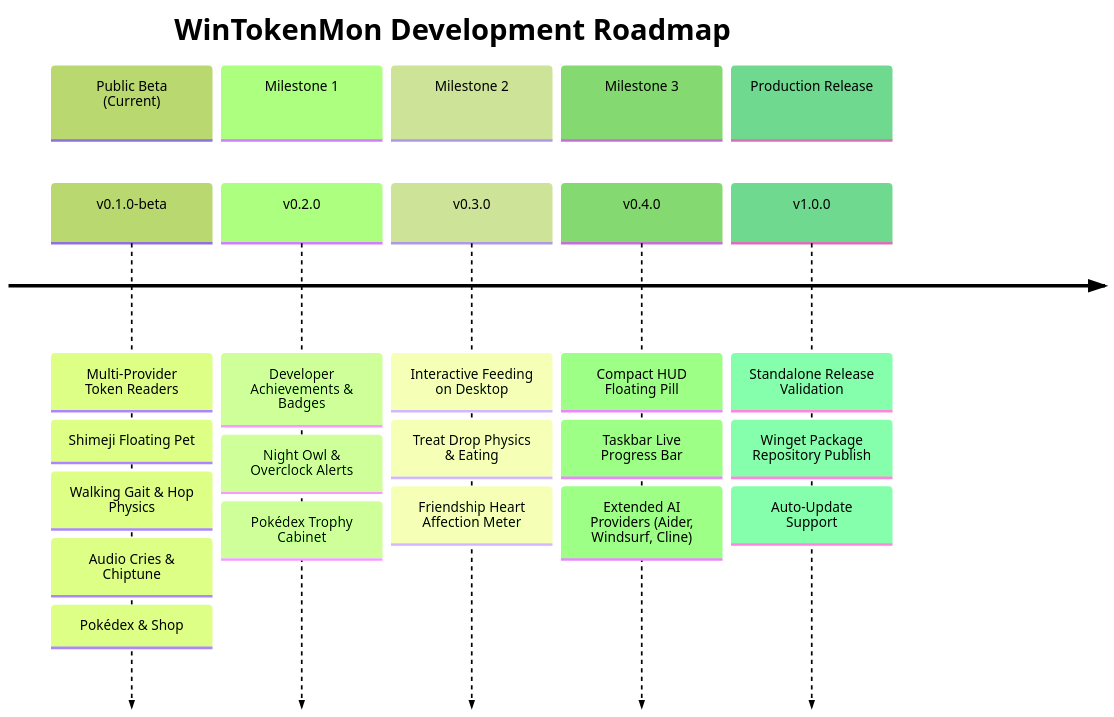
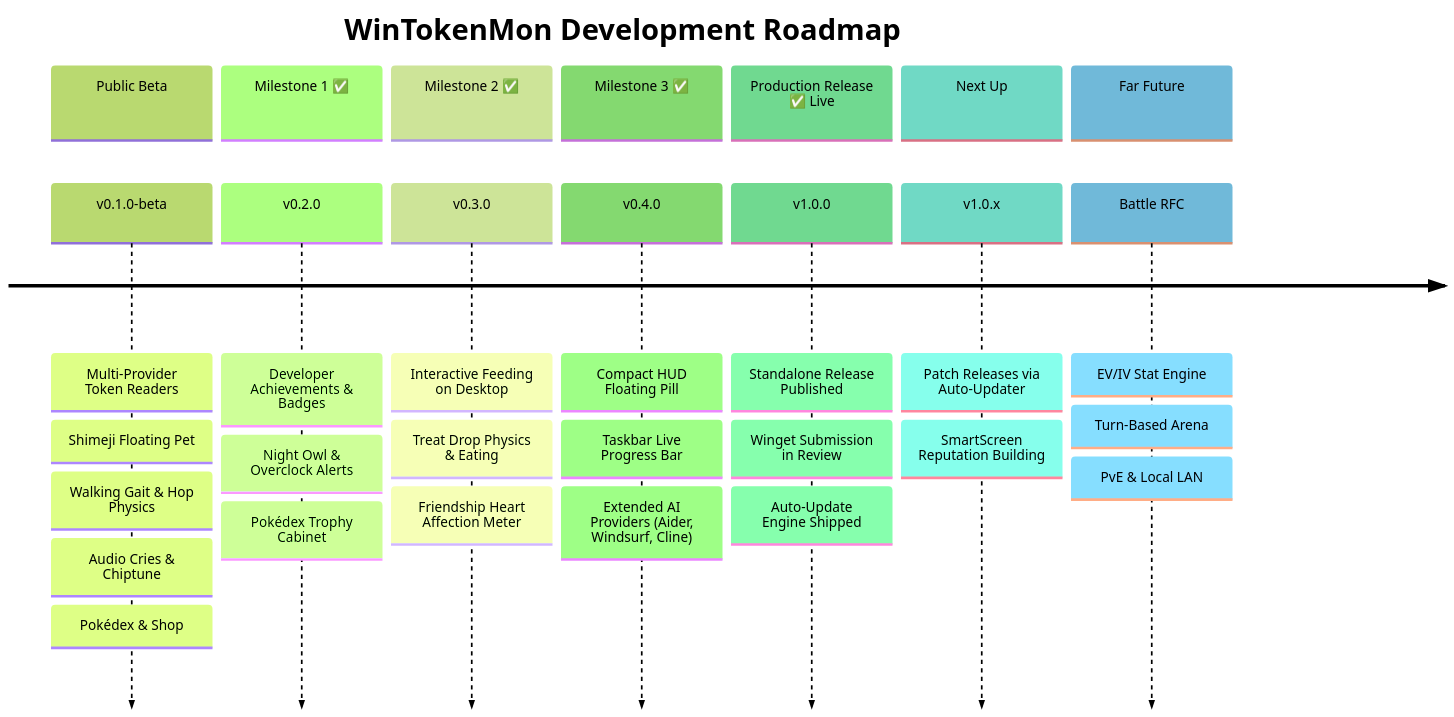
The first of 2 diagrams in docs/FUTURE-WORKS.md (JustALearner101/WinTokenMon), drawn with Mermaid (forest theme) before and after one commit. The commit also changed other lines of this file and 11 other files, not shown here.

````diff
--- a/docs/FUTURE-WORKS.md
+++ b/docs/FUTURE-WORKS.md
@@ -11,14 +13,18 @@
 ```mermaid
 timeline
     title WinTokenMon Development Roadmap
-    section Public Beta (Current)
+    section Public Beta
         v0.1.0-beta : Multi-Provider Token Readers : Shimeji Floating Pet : Walking Gait & Hop Physics : Audio Cries & Chiptune : Pokédex & Shop
-    section Milestone 1
+    section Milestone 1 ✅
         v0.2.0 : Developer Achievements & Badges : Night Owl & Overclock Alerts : Pokédex Trophy Cabinet
-    section Milestone 2
+    section Milestone 2 ✅
         v0.3.0 : Interactive Feeding on Desktop : Treat Drop Physics & Eating : Friendship Heart Affection Meter
-    section Milestone 3
+    section Milestone 3 ✅
         v0.4.0 : Compact HUD Floating Pill : Taskbar Live Progress Bar : Extended AI Providers (Aider, Windsurf, Cline)
-    section Production Release
-        v1.0.0 : Standalone Release Validation : Winget Package Repository Publish : Auto-Update Support
+    section Production Release ✅ Live
+        v1.0.0 : Standalone Release Published : Winget Submission in Review : Auto-Update Engine Shipped
+    section Next Up
+        v1.0.x : Patch Releases via Auto-Updater : SmartScreen Reputation Building
+    section Far Future
+        Battle RFC : EV/IV Stat Engine : Turn-Based Arena : PvE & Local LAN
 ```
````
